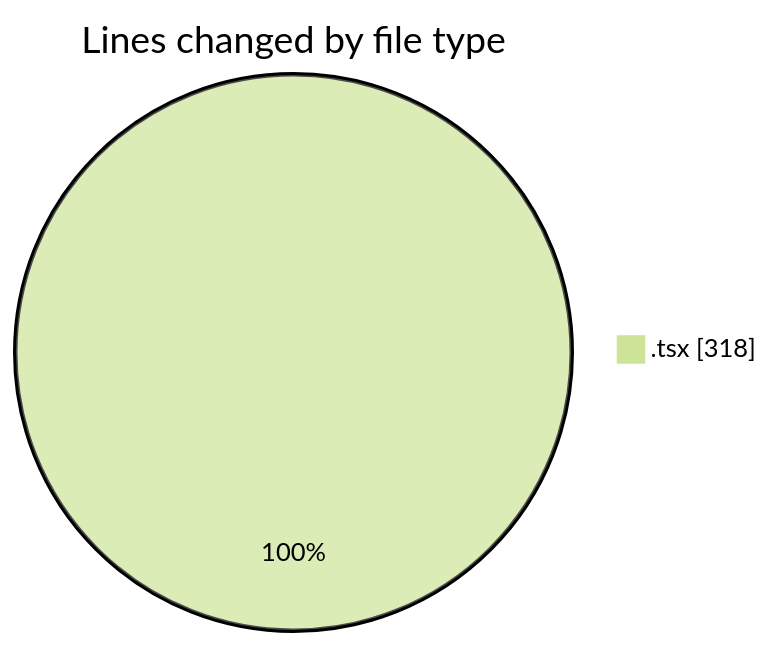
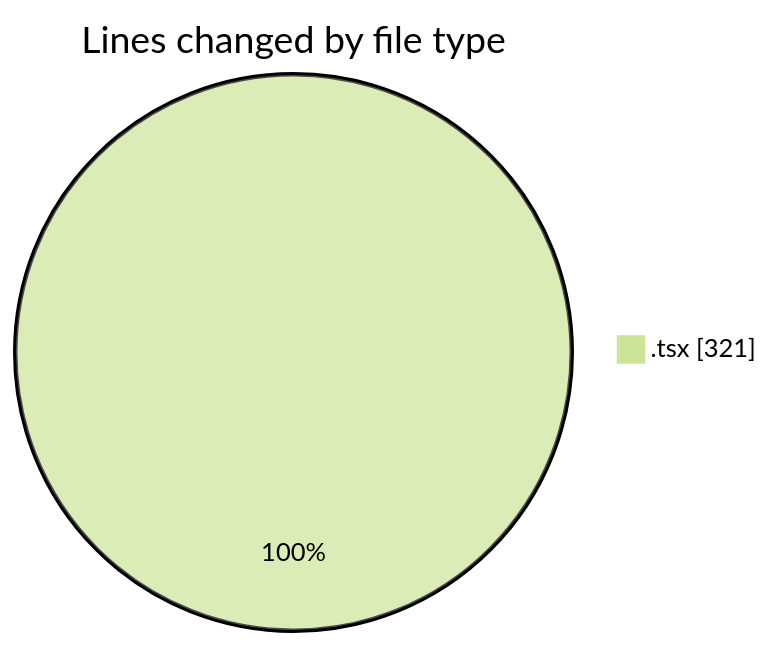
One commit to momahboobian/code-tracking changed the first of 2 diagrams in 2025-06-17/cda/README.md. Above: the diagram before and after it, drawn with Mermaid (forest theme). The commit also changed other lines of this file and 1 other file, not shown here.

````diff
--- a/2025-06-17/cda/README.md
+++ b/2025-06-17/cda/README.md
@@ -21,5 +21,5 @@
 ```mermaid
 pie showData
 title Lines changed by file type
-".tsx" : 318
+".tsx" : 321
 ```
````
